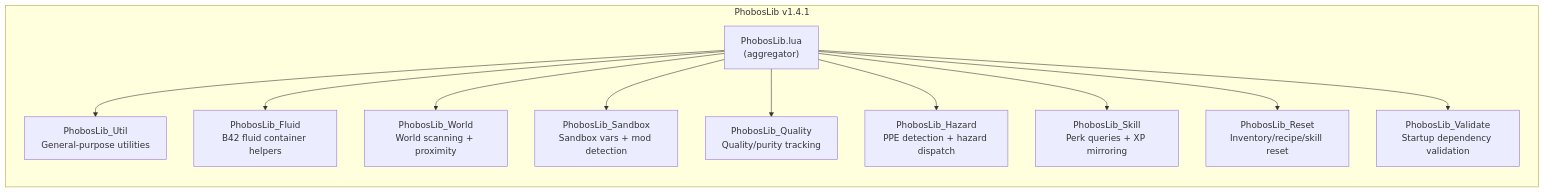
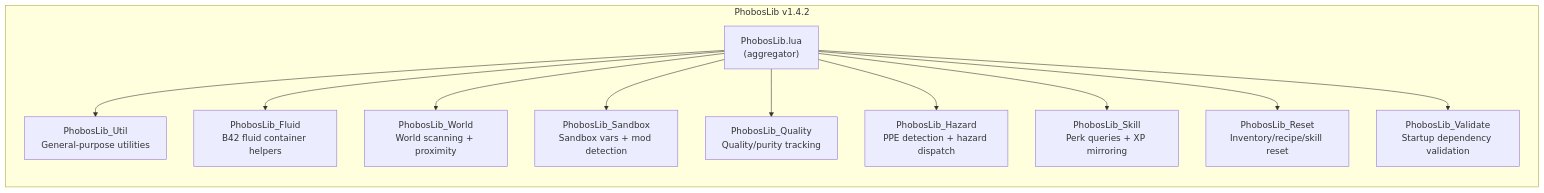
Before and after one commit to phobos-dthorga/mod-pz-phobos-lib: the diagram in docs/diagrams/module-overview.md, drawn with Mermaid. The commit also changed other lines of this file and 7 other files, not shown here.

````diff
--- a/docs/diagrams/module-overview.md
+++ b/docs/diagrams/module-overview.md
@@ -7,26 +7,26 @@
 ```mermaid
 graph LR
-    subgraph LIB["PhobosLib v1.4.1"]
+    subgraph LIB["PhobosLib v1.4.2"]
         INIT["PhobosLib.lua<br/>(aggregator)"]
 
         UTIL["PhobosLib_Util<br/>General-purpose utilities"]
         FLUID["PhobosLib_Fluid<br/>B42 fluid container helpers"]
         WORLD["PhobosLib_World<br/>World scanning + proximity"]
         SANDBOX["PhobosLib_Sandbox<br/>Sandbox vars + mod detection"]
         QUALITY["PhobosLib_Quality<br/>Quality/purity tracking"]
         HAZARD["PhobosLib_Hazard<br/>PPE detection + hazard dispatch"]
         SKILL["PhobosLib_Skill<br/>Perk queries + XP mirroring"]
         RESET["PhobosLib_Reset<br/>Inventory/recipe/skill reset"]
         VALIDATE["PhobosLib_Validate<br/>Startup dependency validation"]
     end
 
     INIT --> UTIL
     INIT --> FLUID
     INIT --> WORLD
     INIT --> SANDBOX
     INIT --> QUALITY
     INIT --> HAZARD
     INIT --> SKILL
     INIT --> RESET
     INIT --> VALIDATE
 ```
````
